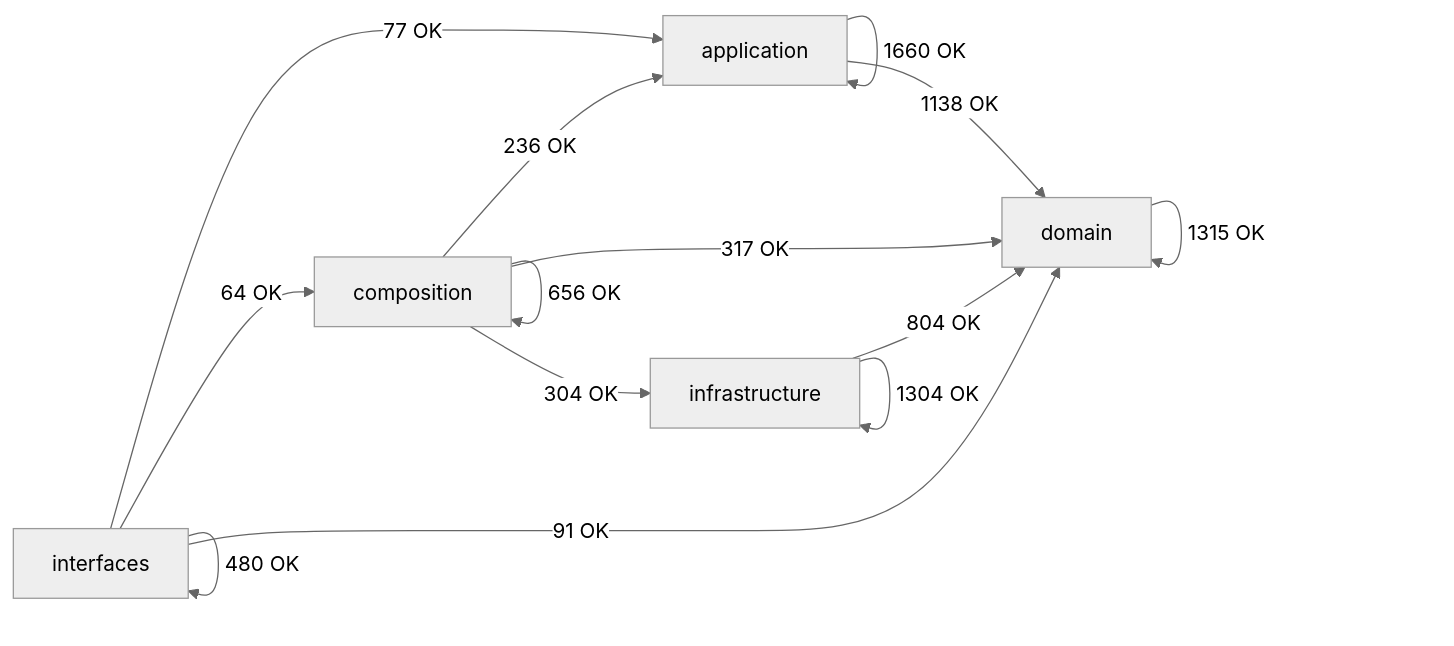
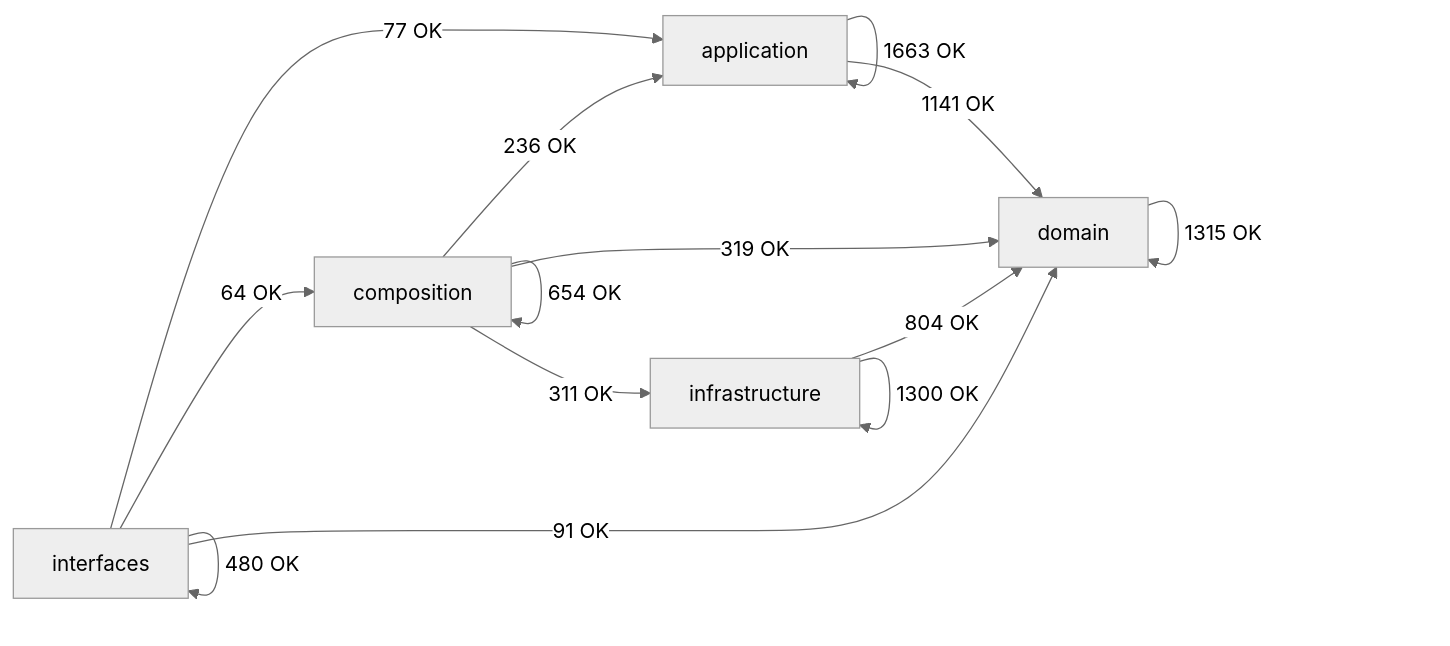
Before and after one commit to SatoryKono/BioactivityDataAcquisition: the diagram in docs/02-architecture/generated/module-dependency-map.md, drawn with Mermaid (neutral theme). The commit also changed other lines of this file and 36 other files, not shown here.

````diff
--- a/docs/02-architecture/generated/module-dependency-map.md
+++ b/docs/02-architecture/generated/module-dependency-map.md
@@ -17,21 +17,21 @@
 ```mermaid
 flowchart LR
     domain[domain]
     application[application]
     infrastructure[infrastructure]
     composition[composition]
     interfaces[interfaces]
-    application -->|1660 OK| application
-    application -->|1138 OK| domain
+    application -->|1663 OK| application
+    application -->|1141 OK| domain
     composition -->|236 OK| application
-    composition -->|656 OK| composition
-    composition -->|317 OK| domain
-    composition -->|304 OK| infrastructure
+    composition -->|654 OK| composition
+    composition -->|319 OK| domain
+    composition -->|311 OK| infrastructure
     domain -->|1315 OK| domain
     infrastructure -->|804 OK| domain
-    infrastructure -->|1304 OK| infrastructure
+    infrastructure -->|1300 OK| infrastructure
     interfaces -->|77 OK| application
     interfaces -->|64 OK| composition
     interfaces -->|91 OK| domain
     interfaces -->|480 OK| interfaces
 ```
````
